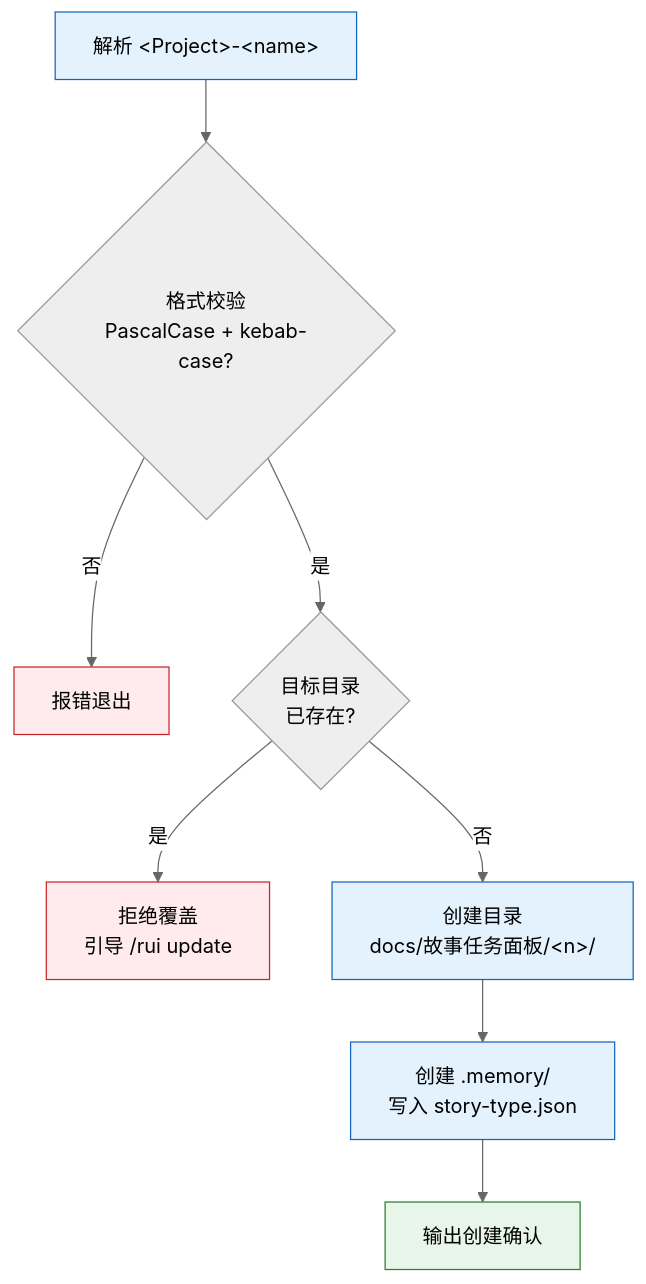
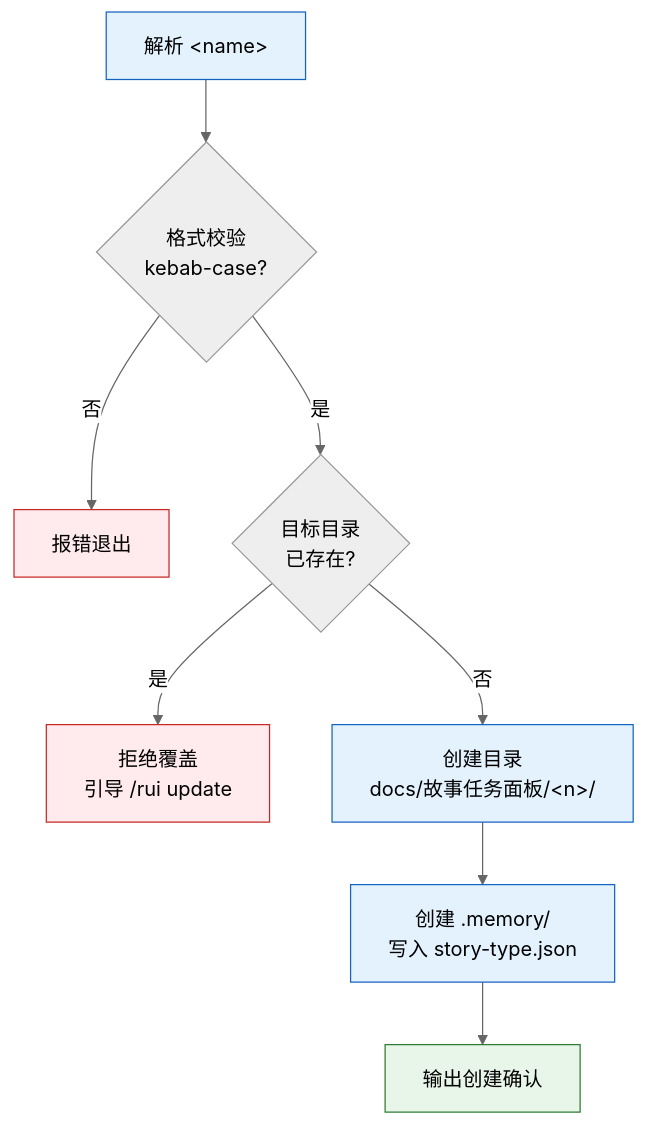
The seventh of 13 diagrams in skills/rui-story/SKILL.md (effiy/YrY), drawn with Mermaid (neutral theme) before and after one commit. The commit also changed other lines of this file and 22 other files, not shown here.

````diff
--- a/skills/rui-story/SKILL.md
+++ b/skills/rui-story/SKILL.md
@@ -193,14 +193,14 @@
 ```mermaid
 flowchart TD
-    PARSE["解析 &lt;Project&gt;-&lt;name&gt;"]:::op --> VALID{"格式校验<br/>PascalCase + kebab-case?"}
+    PARSE["解析 &lt;name&gt;"]:::op --> VALID{"格式校验<br/>kebab-case?"}
     VALID -->|"否"| ERR1["报错退出"]:::bad
     VALID -->|"是"| CONFLICT{"目标目录<br/>已存在?"}
     CONFLICT -->|"是"| ERR2["拒绝覆盖<br/>引导 /rui update"]:::bad
     CONFLICT -->|"否"| CREATE["创建目录<br/>docs/故事任务面板/&lt;n&gt;/"]:::op
     CREATE --> MEMORY["创建 .memory/<br/>写入 story-type.json"]:::op
     MEMORY --> DONE["输出创建确认"]:::out
 
     classDef op fill:#e3f2fd,stroke:#1565c0;
     classDef out fill:#e8f5e9,stroke:#2e7d32;
     classDef bad fill:#ffebee,stroke:#c62828;
 ```
````
